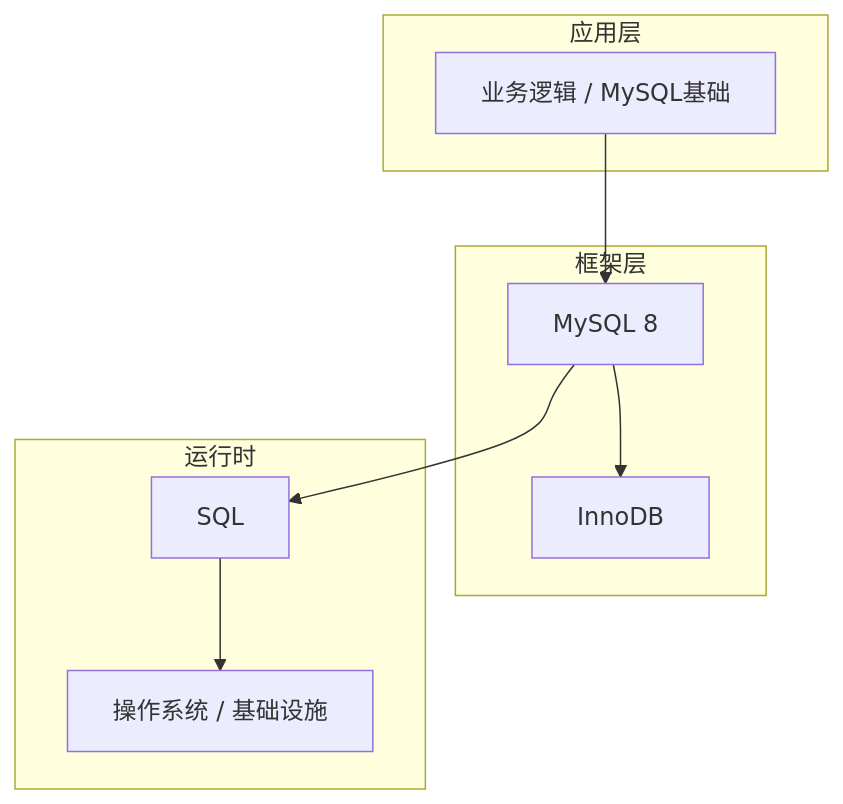
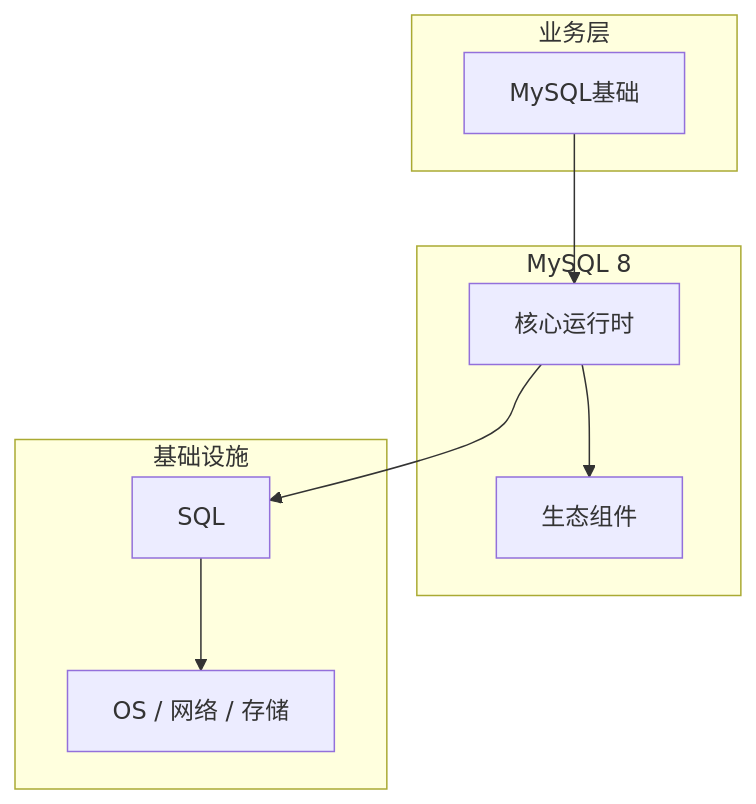
Before and after one commit to yanggan2015/knowledge-json-v2: the diagram in articles/MySQL/chapters/001-MySQL基础核心概念与原理.md, drawn with Mermaid. The commit also changed other lines of this file and 10127 other files, not shown here.

````diff
--- a/articles/MySQL/chapters/001-MySQL基础核心概念与原理.md
+++ b/articles/MySQL/chapters/001-MySQL基础核心概念与原理.md
@@ -45,18 +34,18 @@
 ```mermaid
 graph TB
-    subgraph 应用层
-        A[业务逻辑 / MySQL基础]
+    subgraph 业务层
+        A[MySQL基础]
     end
-    subgraph 框架层
-        B[MySQL 8]
-        C[InnoDB]
+    subgraph MySQL 8
+        B[核心运行时]
+        C[生态组件]
     end
-    subgraph 运行时
+    subgraph 基础设施
         D[SQL]
-        E[操作系统 / 基础设施]
+        E[OS / 网络 / 存储]
     end
     A --> B
     B --> C
     B --> D
     D --> E
 ```
````
